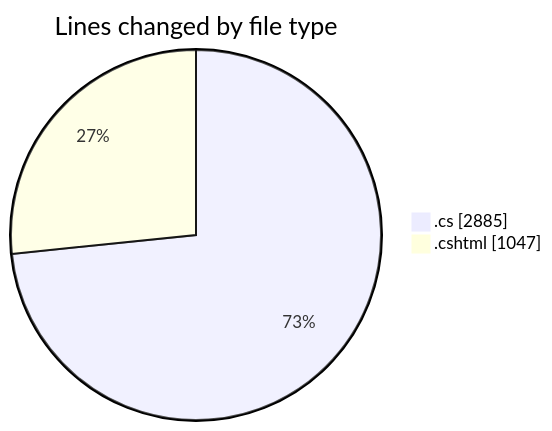
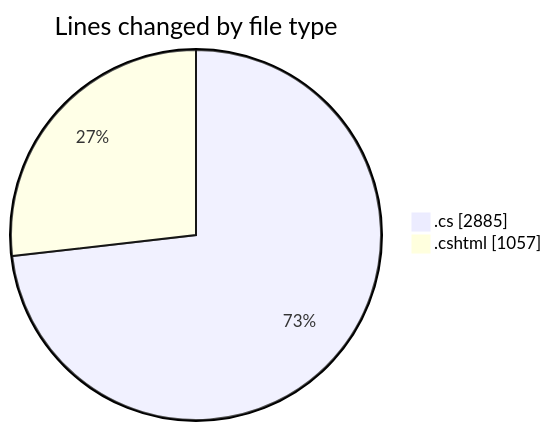
The first of 2 diagrams in 2025-07-15/nhahang/README.md (lephambinh05/code-tracking), drawn with Mermaid before and after one commit. The commit also changed other lines of this file and 1 other file, not shown here.

````diff
--- a/2025-07-15/nhahang/README.md
+++ b/2025-07-15/nhahang/README.md
@@ -79,6 +79,6 @@
 ```mermaid
 pie showData
 title Lines changed by file type
 ".cs" : 2885
-".cshtml" : 1047
+".cshtml" : 1057
 ```
````
